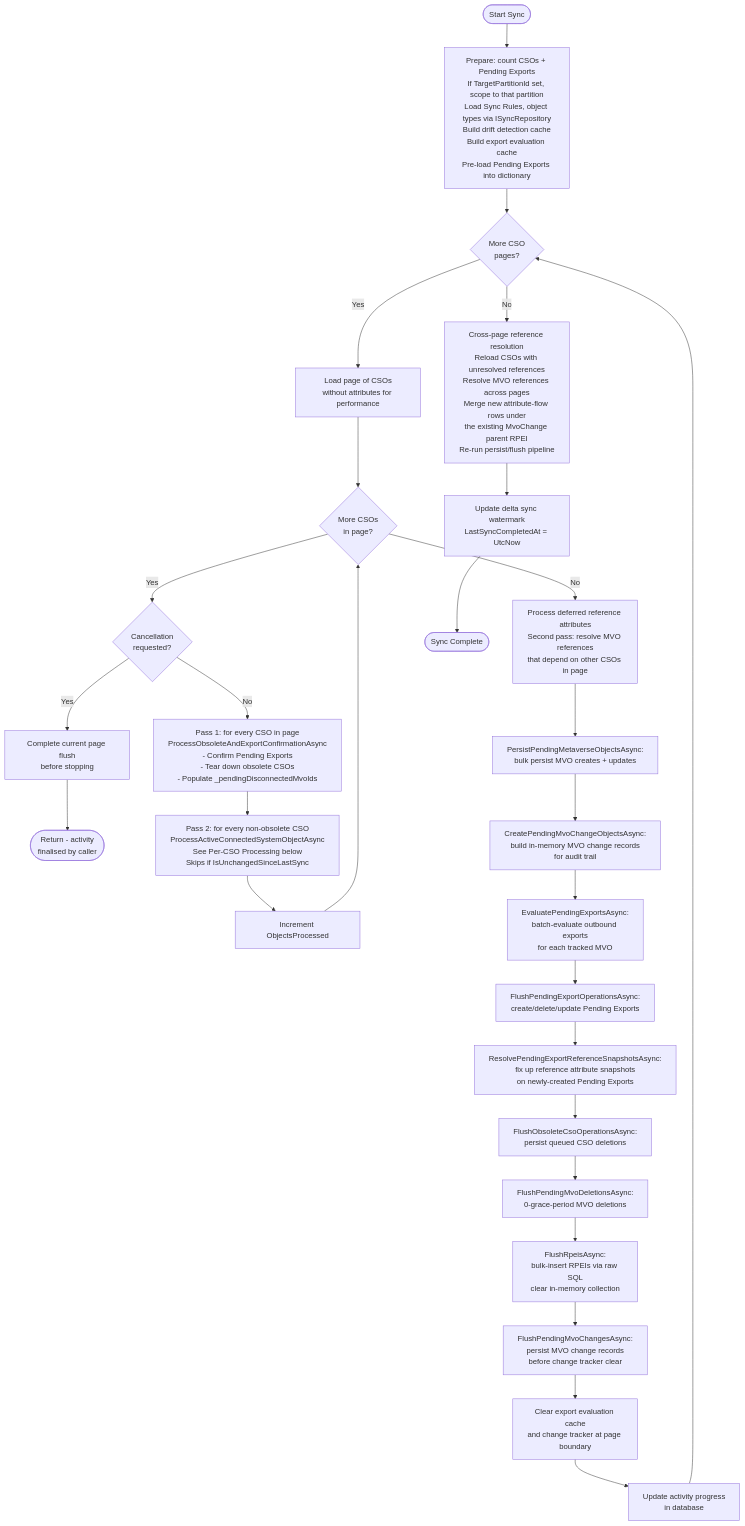
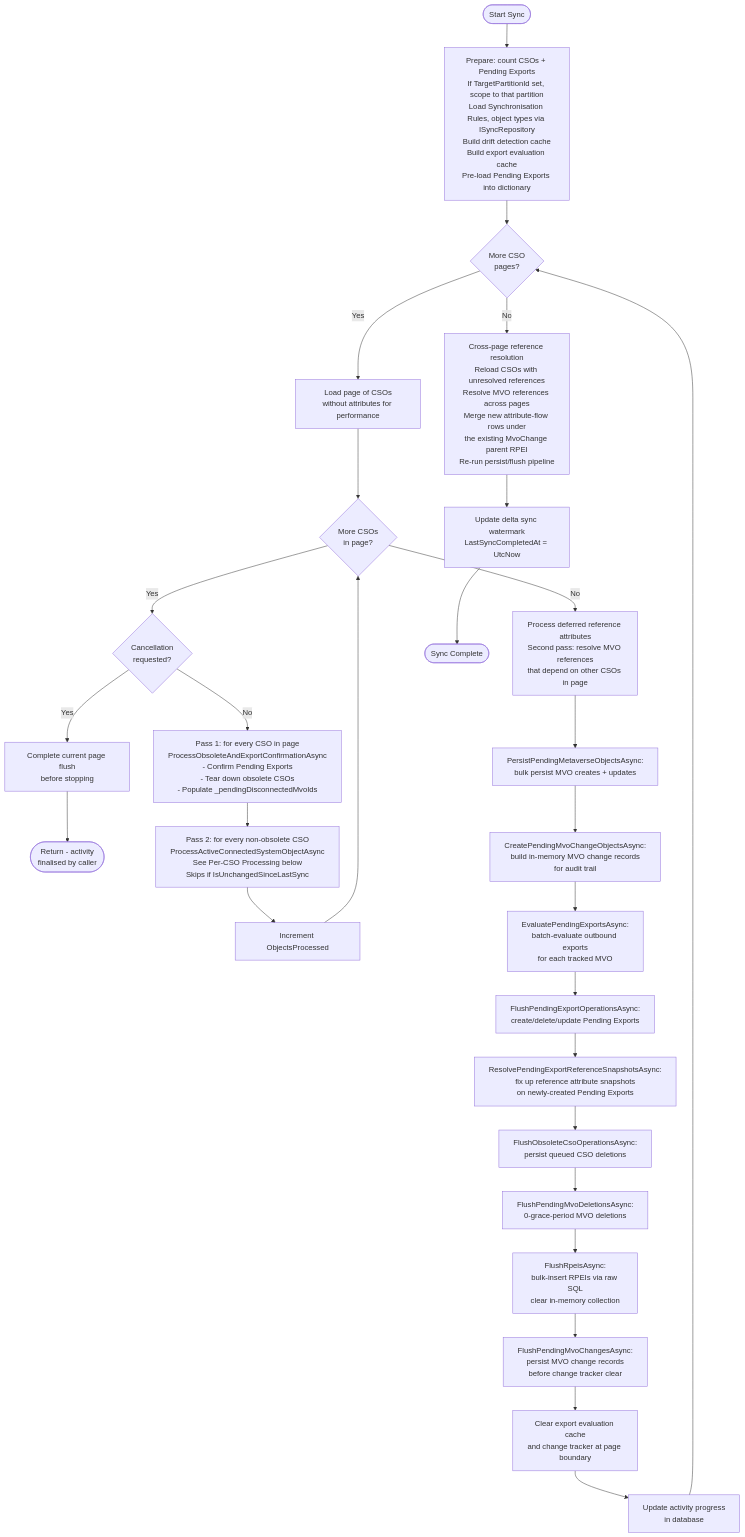
Before and after one commit to TetronIO/JIM: the first of 2 diagrams in docs/developer/diagrams/FULL_SYNC_CSO_PROCESSING.md, drawn with Mermaid. The commit also changed other lines of this file and 147 other files, not shown here.

First line of the commit message:
Always write "Synchronisation Rule" in full, never "Sync Rule"

````diff
--- a/docs/developer/diagrams/FULL_SYNC_CSO_PROCESSING.md
+++ b/docs/developer/diagrams/FULL_SYNC_CSO_PROCESSING.md
@@ -18,34 +18,34 @@
 ```mermaid
 flowchart TD
-    Start([Start Sync]) --> Prepare[Prepare: count CSOs + Pending Exports<br/>If TargetPartitionId set, scope to that partition<br/>Load Sync Rules, object types via ISyncRepository<br/>Build drift detection cache<br/>Build export evaluation cache<br/>Pre-load Pending Exports into dictionary]
+    Start([Start Sync]) --> Prepare[Prepare: count CSOs + Pending Exports<br/>If TargetPartitionId set, scope to that partition<br/>Load Synchronisation Rules, object types via ISyncRepository<br/>Build drift detection cache<br/>Build export evaluation cache<br/>Pre-load Pending Exports into dictionary]
     Prepare --> PageLoop{More CSO<br/>pages?}
 
     PageLoop -->|Yes| LoadPage[Load page of CSOs<br/>without attributes for performance]
     LoadPage --> CsoLoop{More CSOs<br/>in page?}
 
     CsoLoop -->|Yes| CheckCancel{Cancellation<br/>requested?}
     CheckCancel -->|Yes| FlushBeforeCancel[Complete current page flush<br/>before stopping]
     FlushBeforeCancel --> Return([Return - activity<br/>finalised by caller])
     CheckCancel -->|No| Pass1[Pass 1: for every CSO in page<br/>ProcessObsoleteAndExportConfirmationAsync<br/>- Confirm Pending Exports<br/>- Tear down obsolete CSOs<br/>- Populate _pendingDisconnectedMvoIds]
     Pass1 --> Pass2[Pass 2: for every non-obsolete CSO<br/>ProcessActiveConnectedSystemObjectAsync<br/>See Per-CSO Processing below<br/>Skips if IsUnchangedSinceLastSync]
     Pass2 --> IncrProgress[Increment ObjectsProcessed]
     IncrProgress --> CsoLoop
 
     CsoLoop -->|No| DeferredRef[Process deferred reference attributes<br/>Second pass: resolve MVO references<br/>that depend on other CSOs in page]
     DeferredRef --> PersistMvo[PersistPendingMetaverseObjectsAsync:<br/>bulk persist MVO creates + updates]
     PersistMvo --> CreateMvoChanges[CreatePendingMvoChangeObjectsAsync:<br/>build in-memory MVO change records<br/>for audit trail]
     CreateMvoChanges --> EvalExports[EvaluatePendingExportsAsync:<br/>batch-evaluate outbound exports<br/>for each tracked MVO]
     EvalExports --> FlushPE[FlushPendingExportOperationsAsync:<br/>create/delete/update Pending Exports]
     FlushPE --> ResolveSnapshots[ResolvePendingExportReferenceSnapshotsAsync:<br/>fix up reference attribute snapshots<br/>on newly-created Pending Exports]
     ResolveSnapshots --> FlushCSO[FlushObsoleteCsoOperationsAsync:<br/>persist queued CSO deletions]
     FlushCSO --> FlushMVO[FlushPendingMvoDeletionsAsync:<br/>0-grace-period MVO deletions]
     FlushMVO --> FlushRpeis[FlushRpeisAsync:<br/>bulk-insert RPEIs via raw SQL<br/>clear in-memory collection]
     FlushRpeis --> FlushMvoChanges[FlushPendingMvoChangesAsync:<br/>persist MVO change records<br/>before change tracker clear]
     FlushMvoChanges --> ClearCache[Clear export evaluation cache<br/>and change tracker at page boundary]
     ClearCache --> UpdateProgress[Update activity progress<br/>in database]
     UpdateProgress --> PageLoop
 
     PageLoop -->|No| CrossPage[Cross-page reference resolution<br/>Reload CSOs with unresolved references<br/>Resolve MVO references across pages<br/>Merge new attribute-flow rows under<br/>the existing MvoChange parent RPEI<br/>Re-run persist/flush pipeline]
     CrossPage --> Watermark[Update delta sync watermark<br/>LastSyncCompletedAt = UtcNow]
     Watermark --> End([Sync Complete])
 ```
````
